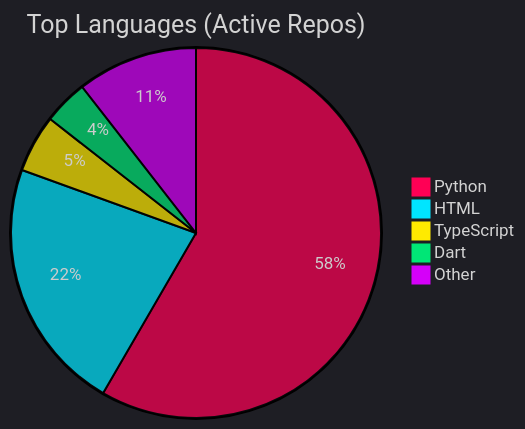
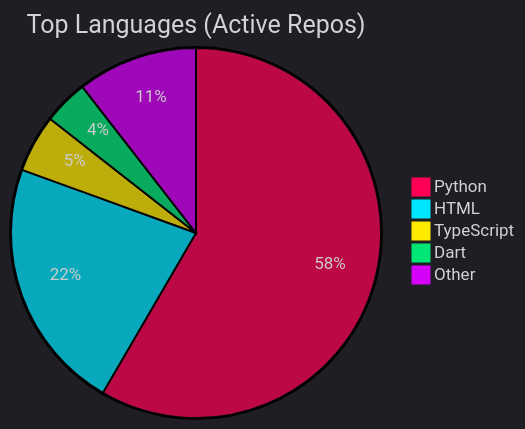
One commit to Nzettodess/Nzettodess changed the diagram in README.md. Above: the diagram before and after it, drawn with Mermaid. The commit also changed other lines of this file, not shown here.

Commit message:
Update recent activity [skip ci]

````diff
--- a/README.md
+++ b/README.md
@@ -35,9 +35,9 @@
 ```mermaid
 %%{init: {'theme': 'dark', 'themeVariables': { 'pie1': '#FF0055', 'pie2': '#00E5FF', 'pie3': '#FFEA00', 'pie4': '#00E676', 'pie5': '#D500F9' }}}%%
 pie title Top Languages (Active Repos)
-    "Python" : 58.36
-    "HTML" : 22.16
+    "Python" : 58.40
+    "HTML" : 22.15
     "TypeScript" : 5.03
     "Dart" : 3.91
-    "Other" : 10.53
+    "Other" : 10.52
 ```
````
